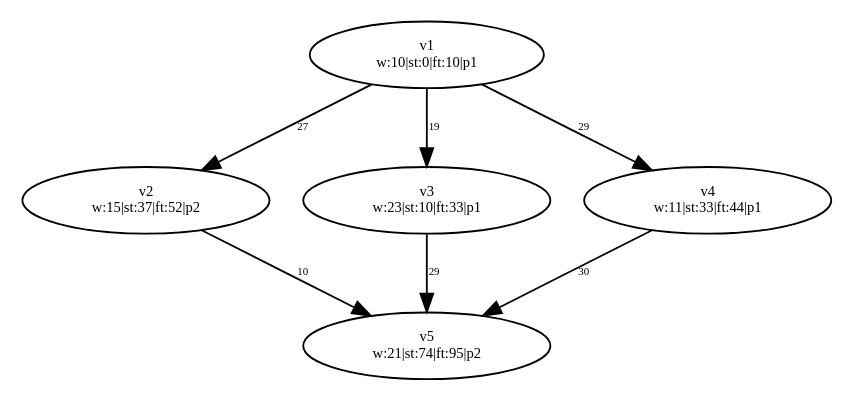
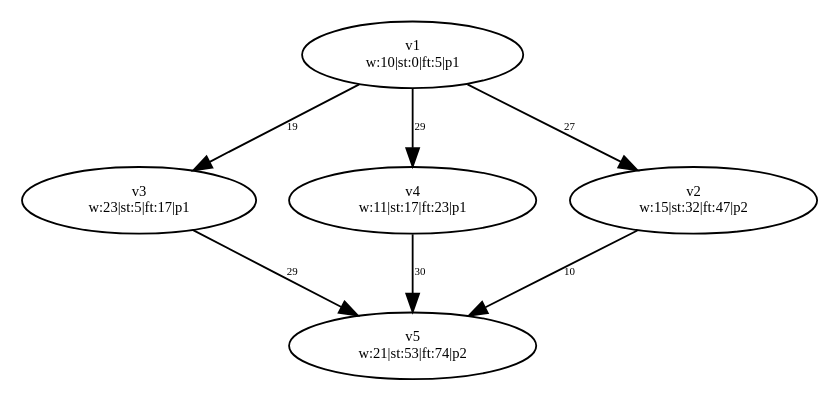
The diagram in PythonApplication1/PythonApplication1/test-output/testingProccesingFunction.gv (dexters1/Task-Scheduling-Based-on-Genetic-Algorithms), drawn with Graphviz before and after one commit. The commit also changed 17 other files, not shown here.

```diff
--- a/PythonApplication1/PythonApplication1/test-output/testingProccesingFunction.gv
+++ b/PythonApplication1/PythonApplication1/test-output/testingProccesingFunction.gv
@@ -1,18 +1,18 @@
 digraph {
 	v1 [label="v1
-w:10|st:0|ft:10|p1" fontsize=8.0]
+w:10|st:0|ft:5|p1" fontsize=8.0]
+	v3 [label="v3
+w:23|st:5|ft:17|p1" fontsize=8.0]
+	v4 [label="v4
+w:11|st:17|ft:23|p1" fontsize=8.0]
 	v2 [label="v2
-w:15|st:37|ft:52|p2" fontsize=8.0]
-	v3 [label="v3
-w:23|st:10|ft:33|p1" fontsize=8.0]
-	v4 [label="v4
-w:11|st:33|ft:44|p1" fontsize=8.0]
+w:15|st:32|ft:47|p2" fontsize=8.0]
 	v5 [label="v5
-w:21|st:74|ft:95|p2" fontsize=8.0]
+w:21|st:53|ft:74|p2" fontsize=8.0]
 	v1 -> v2 [label=27 constraint=true fontsize=6.0]
 	v1 -> v3 [label=19 constraint=true fontsize=6.0]
 	v1 -> v4 [label=29 constraint=true fontsize=6.0]
 	v2 -> v5 [label=10 constraint=true fontsize=6.0]
 	v3 -> v5 [label=29 constraint=true fontsize=6.0]
 	v4 -> v5 [label=30 constraint=true fontsize=6.0]
 }
```
